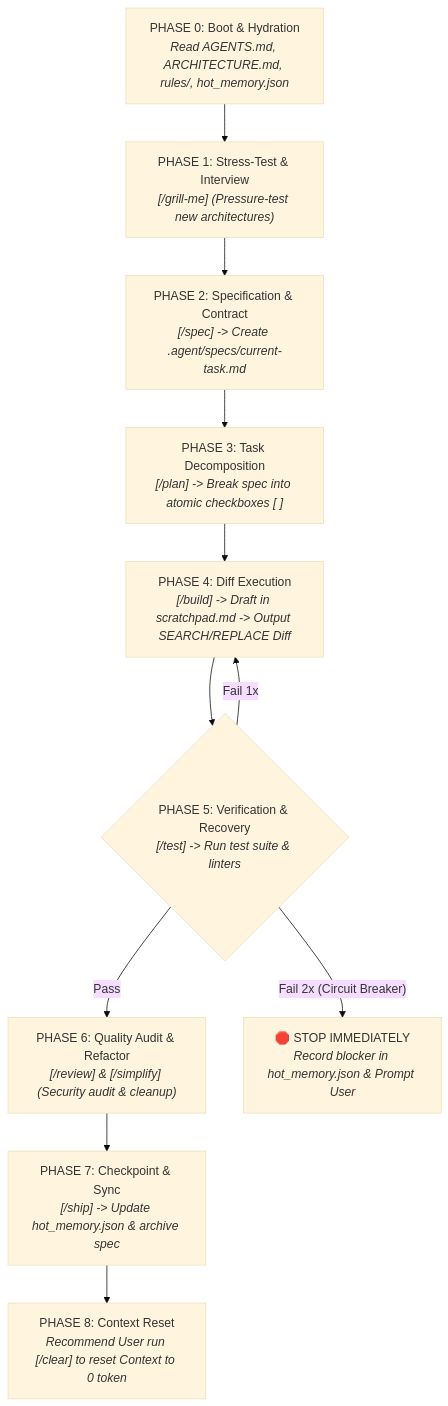
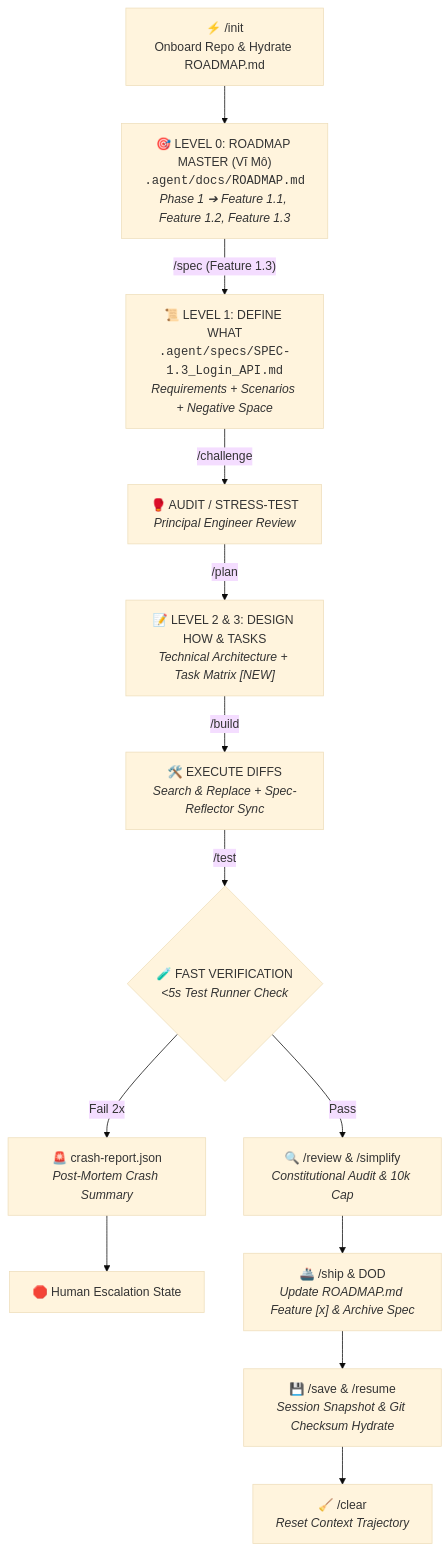
The diagram in .agent/workflows/main-workflow.md (EurusDevSec/agent-optimize), drawn with Mermaid (base theme) before and after one commit. The commit also changed other lines of this file and 13 other files, not shown here.

Commit message:
Complete Codebase Audit & Consistency Verification (eurus-agent v2.3): Fix all version strings, replace obsolete current-task.md references with SPEC-<id>_<name>.md, update main-workflow.md diagram

````diff
--- a/.agent/workflows/main-workflow.md
+++ b/.agent/workflows/main-workflow.md
@@ -10,15 +3,19 @@
 ```mermaid
 flowchart TD
-    P0["PHASE 0: Boot & Hydration<br/><i>Read AGENTS.md, ARCHITECTURE.md, rules/, hot_memory.json</i>"] --> P1["PHASE 1: Stress-Test & Interview<br/><i>[/grill-me] (Pressure-test new architectures)</i>"]
-    P1 --> P2["PHASE 2: Specification & Contract<br/><i>[/spec] -> Create .agent/specs/current-task.md</i>"]
-    P2 --> P3["PHASE 3: Task Decomposition<br/><i>[/plan] -> Break spec into atomic checkboxes [ ]</i>"]
-    P3 --> P4["PHASE 4: Diff Execution<br/><i>[/build] -> Draft in scratchpad.md -> Output SEARCH/REPLACE Diff</i>"]
-    P4 --> P5{"PHASE 5: Verification & Recovery<br/><i>[/test] -> Run test suite & linters</i>"}
+    Init["⚡ /init<br/>Onboard Repo & Hydrate ROADMAP.md"] --> L0["🎯 LEVEL 0: ROADMAP MASTER (Vĩ Mô)<br/><code>.agent/docs/ROADMAP.md</code><br/><i>Phase 1 ➔ Feature 1.1, Feature 1.2, Feature 1.3</i>"]
     
-    P5 -- Pass --> P6["PHASE 6: Quality Audit & Refactor<br/><i>[/review] & [/simplify] (Security audit & cleanup)</i>"]
-    P5 -- Fail 1x --> P4
-    P5 -- Fail 2x (Circuit Breaker) --> STOP["🛑 STOP IMMEDIATELY<br/><i>Record blocker in hot_memory.json & Prompt User</i>"]
+    L0 -- "/spec (Feature 1.3)" --> L1["📜 LEVEL 1: DEFINE WHAT<br/><code>.agent/specs/SPEC-1.3_Login_API.md</code><br/><i>Requirements + Scenarios + Negative Space</i>"]
     
-    P6 --> P7["PHASE 7: Checkpoint & Sync<br/><i>[/ship] -> Update hot_memory.json & archive spec</i>"]
-    P7 --> P8["PHASE 8: Context Reset<br/><i>Recommend User run [/clear] to reset Context to 0 token</i>"]
+    L1 -- "/challenge" --> Audit["🥊 AUDIT / STRESS-TEST<br/><i>Principal Engineer Review</i>"]
+    Audit -- "/plan" --> L2["📝 LEVEL 2 & 3: DESIGN HOW & TASKS<br/><i>Technical Architecture + Task Matrix [NEW]</i>"]
+    
+    L2 -- "/build" --> Execution["🛠️ EXECUTE DIFFS<br/><i>Search & Replace + Spec-Reflector Sync</i>"]
+    Execution -- "/test" --> Verification{"🧪 FAST VERIFICATION<br/><i><5s Test Runner Check</i>"}
+    
+    Verification -- Pass --> Review["🔍 /review & /simplify<br/><i>Constitutional Audit & 10k Cap</i>"]
+    Verification -- Fail 2x --> Crash["🚨 crash-report.json<br/><i>Post-Mortem Crash Summary</i>"] --> Escalation["🛑 Human Escalation State"]
+    
+    Review --> Ship["🚢 /ship & DOD<br/><i>Update ROADMAP.md Feature [x] & Archive Spec</i>"]
+    Ship --> Save["💾 /save & /resume<br/><i>Session Snapshot & Git Checksum Hydrate</i>"]
+    Save --> Clear["🧹 /clear<br/><i>Reset Context Trajectory</i>"]
 ```
````
